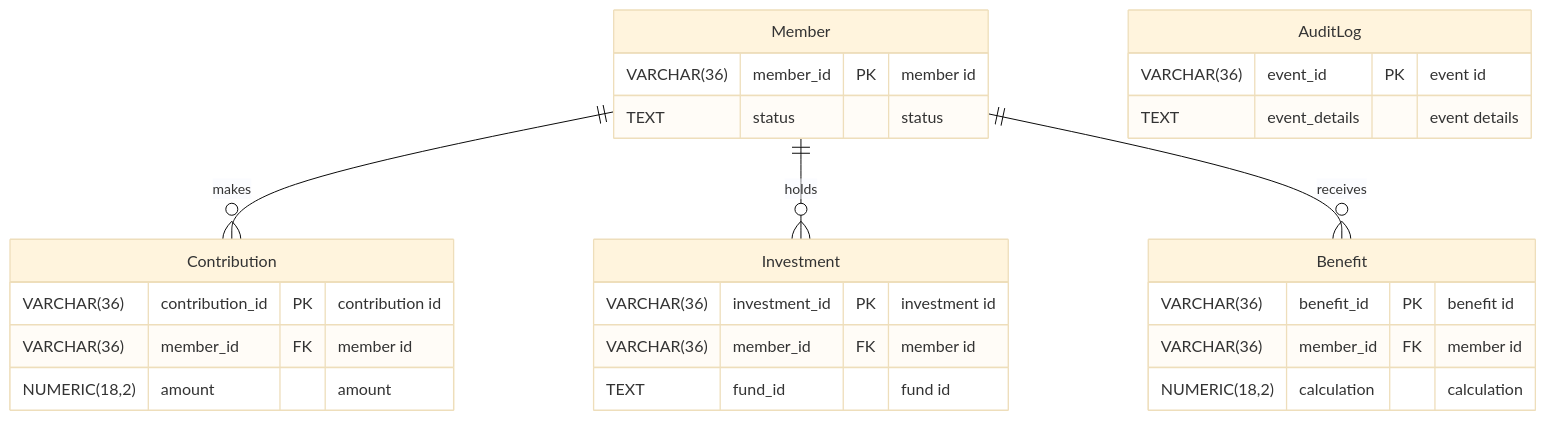
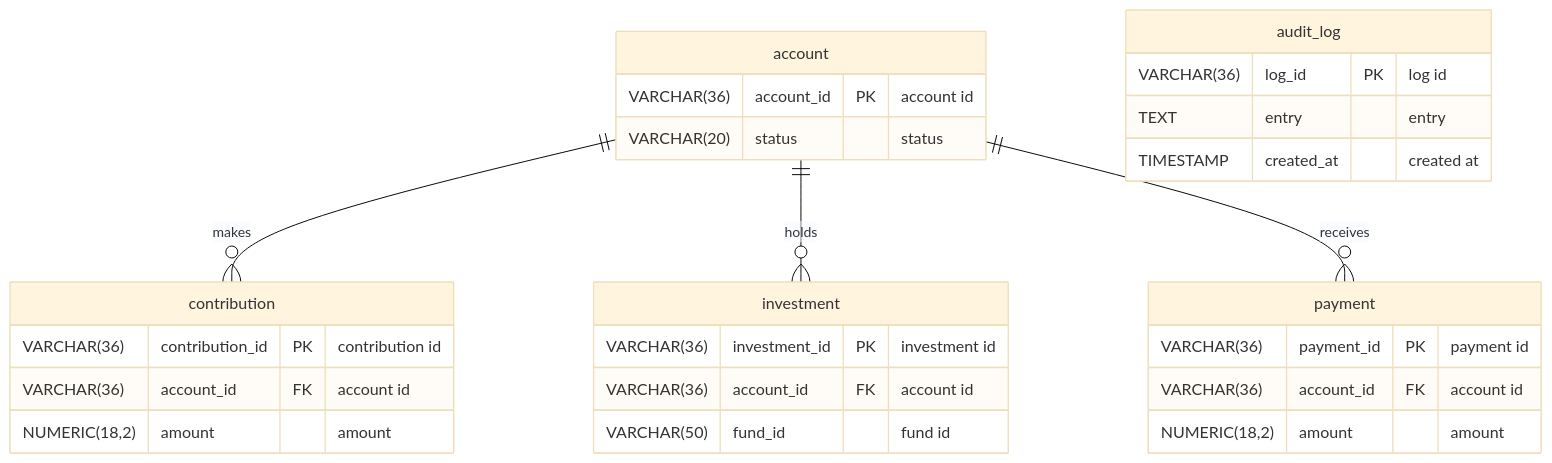
The diagram in generated_erd/ERD_KAN-4.md (sayantan722133/BRDgeneration), drawn with Mermaid (base theme) before and after one commit. The commit also changed other lines of this file and 23 other files, not shown here.

Commit message:
Solved ERD failing problem

````diff
--- a/generated_erd/ERD_KAN-4.md
+++ b/generated_erd/ERD_KAN-4.md
@@ -5,29 +5,30 @@
 ```mermaid
 erDiagram
-  Member {
-    VARCHAR(36) member_id PK "member id"
-    TEXT status "status"
+  account {
+    VARCHAR(36) account_id PK "account id"
+    VARCHAR(20) status "status"
   }
-  Contribution {
+  contribution {
     VARCHAR(36) contribution_id PK "contribution id"
-    VARCHAR(36) member_id FK "member id"
+    VARCHAR(36) account_id FK "account id"
     NUMERIC(18,2) amount "amount"
   }
-  Investment {
+  investment {
     VARCHAR(36) investment_id PK "investment id"
-    VARCHAR(36) member_id FK "member id"
-    TEXT fund_id "fund id"
+    VARCHAR(36) account_id FK "account id"
+    VARCHAR(50) fund_id "fund id"
   }
-  Benefit {
-    VARCHAR(36) benefit_id PK "benefit id"
-    VARCHAR(36) member_id FK "member id"
-    NUMERIC(18,2) calculation "calculation"
+  payment {
+    VARCHAR(36) payment_id PK "payment id"
+    VARCHAR(36) account_id FK "account id"
+    NUMERIC(18,2) amount "amount"
   }
-  AuditLog {
-    VARCHAR(36) event_id PK "event id"
-    TEXT event_details "event details"
+  audit_log {
+    VARCHAR(36) log_id PK "log id"
+    TEXT entry "entry"
+    TIMESTAMP created_at "created at"
   }
-  Member ||--o{ Contribution : "makes"
-  Member ||--o{ Investment : "holds"
-  Member ||--o{ Benefit : "receives"
+  account ||--o{ contribution : "makes"
+  account ||--o{ investment : "holds"
+  account ||--o{ payment : "receives"
 ```
````
